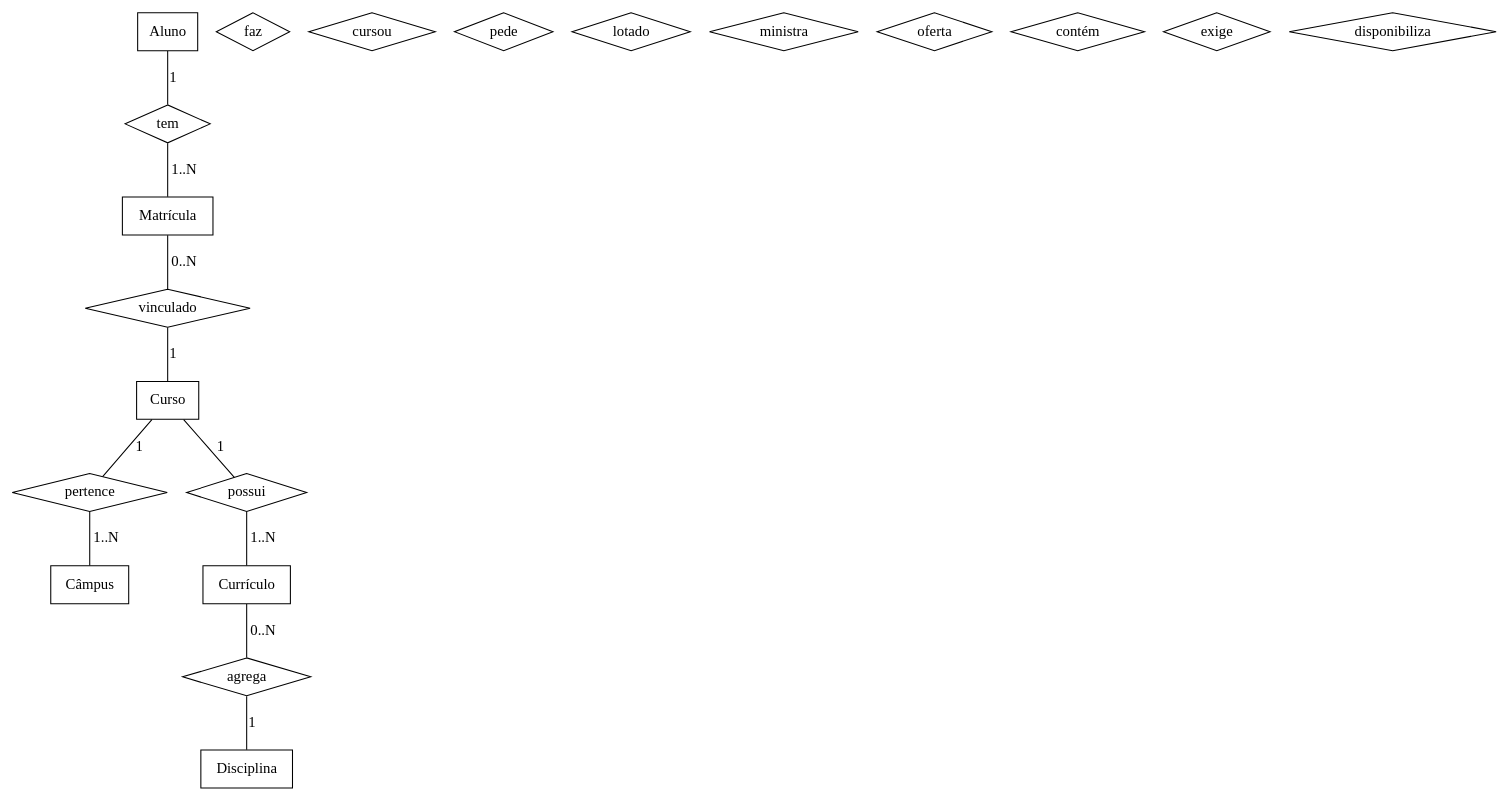
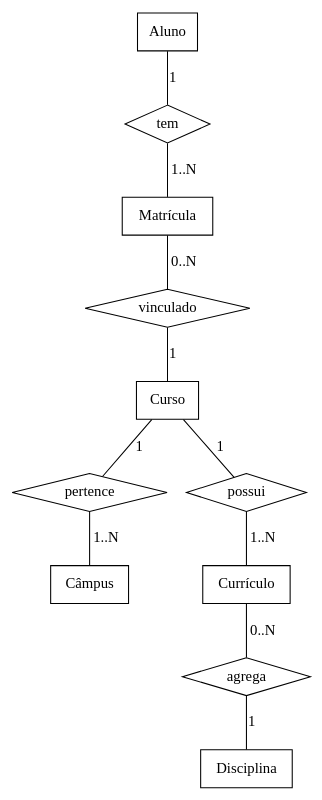
One commit to kathfertig/BCD20162 changed the diagram in diagrama_ER.dot. Above: the diagram before and after it, drawn with Graphviz.

```diff
--- a/diagrama_ER.dot
+++ b/diagrama_ER.dot
@@ -1,66 +1,66 @@
 graph diagramaER {
 
 // Entidades
   Matrícula [shape=record]
   Curso [shape=record]
   Aluno [shape=record]
   Disciplina [shape=record]
   Currículo [shape=record]
   Câmpus [shape=record]
   
   //DisciplinaCursada [shape=record]
   //PedidoDeMatrícula [shape=record]
   //Professor [shape=record]
   //semestre [shape=record]
   //Horário [shape=record]
   //PréRequisito [shape=record]
  
   // Relacionamentos
   tem [shape=diamond]
-  faz [shape=diamond]
+  //faz [shape=diamond]
   vinculado [shape=diamond]
-  cursou [shape=diamond]
-  pede [shape=diamond]
+  //cursou [shape=diamond]
+  //pede [shape=diamond]
   pertence [shape=diamond]
   possui [shape=diamond]
-  lotado [shape=diamond]
+  //lotado [shape=diamond]
   agrega [shape=diamond]
-  ministra [shape=diamond]
-  oferta [shape=diamond]
-  contém [shape=diamond]
-  exige [shape=diamond]
-  disponibiliza [shape=diamond]
+  //ministra [shape=diamond]
+  //oferta [shape=diamond]
+  //contém [shape=diamond]
+  //exige [shape=diamond]
+  //disponibiliza [shape=diamond]
  
    // Ligações Entidade-Entidade
   Aluno -- tem [label="1"]
   tem -- Matrícula [label="1..N"]
   //Matrícula -- cursou [label="1"]
   //cursou -- DisciplinaCursada [label="0..N"]
   //PedidoDeMatrícula -- pede [label="1..N"]
   //pede -- Disciplina [label="1"]
   //DisciplinaCursada -- pede [label="1..N"]
   //pede -- Disciplina [label="1"]
   //Matrícula -- faz [label="0..N"]
   //faz -- PedidoDeMatrícula [label="1"]
   Matrícula -- vinculado [label="0..N"]
   vinculado -- Curso [label="1"]
   Curso -- pertence [label="1"]
   pertence -- Câmpus [label="1..N"]
   Curso -- possui [label="1"]
   possui -- Currículo [label="1..N"]
   //Professor -- lotado [label="1"]
   //lotado -- Câmpus [label="1..N"]
   //Disciplina -- ministra [label="1..2"]
   //ministra -- Professor [label="1..N"]
   Currículo -- agrega [label="0..N"]
   agrega -- Disciplina [label="1"]
   //Semestre -- oferta [label="1..N"]
   //oferta -- Disciplina [label="1"]
   //Disciplina -- contém [label="1"]
   //contém -- Horário [label="1..N"]
   //Semestre -- disponibiliza [label="1..N"]
   //disponibiliza -- Horário [label="1"]
   //Disciplina -- exige [label="1..N"]
   //exige -- PréRequisito [label="1..N"]
 
 }
```
